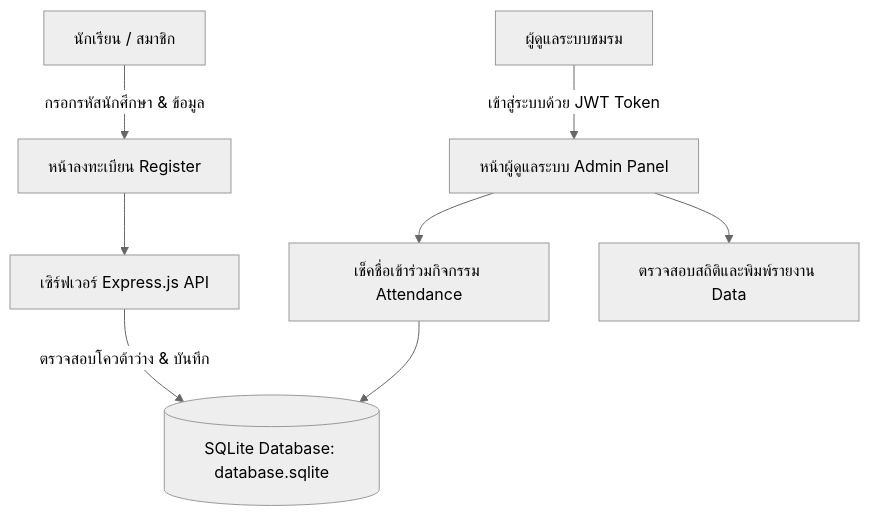
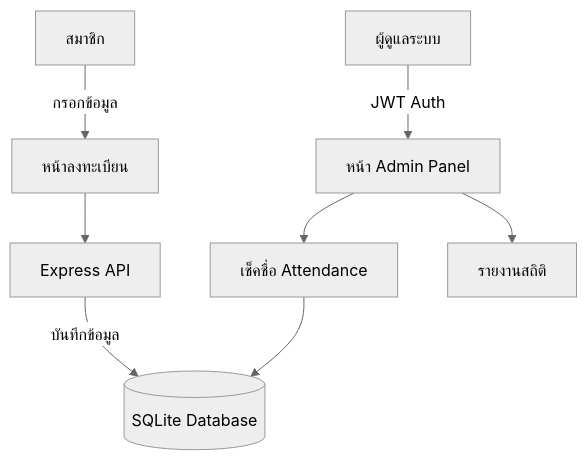
The fourth of 9 diagrams in README.md (FANG9356/MyProject), drawn with Mermaid (neutral theme) before and after one commit. The commit also changed other lines of this file and 1 other file, not shown here.

````diff
--- a/README.md
+++ b/README.md
@@ -207,10 +180,10 @@
 ```mermaid
 flowchart TD
- A[นักเรียน / สมาชิก] -->|กรอกรหัสนักศึกษา & ข้อมูล| B[หน้าลงทะเบียน Register]
- B --> C[เซิร์ฟเวอร์ Express.js API]
- C -->|ตรวจสอบโควต้าว่าง & บันทึก| D[(SQLite Database: database.sqlite)]
- E[ผู้ดูแลระบบชมรม] -->|เข้าสู่ระบบด้วย JWT Token| F[หน้าผู้ดูแลระบบ Admin Panel]
- F --> G[เช็คชื่อเข้าร่วมกิจกรรม Attendance]
- G --> D
- F --> H[ตรวจสอบสถิติและพิมพ์รายงาน Data]
+  A[สมาชิก] -->|กรอกข้อมูล| B[หน้าลงทะเบียน]
+  B --> C[Express API]
+  C -->|บันทึกข้อมูล| D[(SQLite Database)]
+  E[ผู้ดูแลระบบ] -->|JWT Auth| F[หน้า Admin Panel]
+  F --> G[เช็คชื่อ Attendance]
+  G --> D
+  F --> H[รายงานสถิติ]
 ```
````
